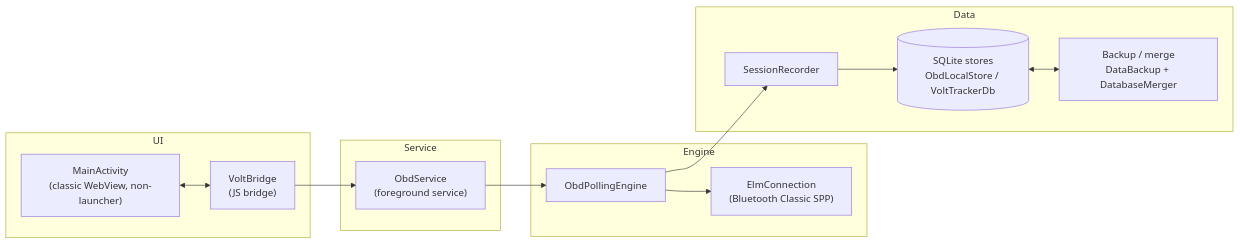
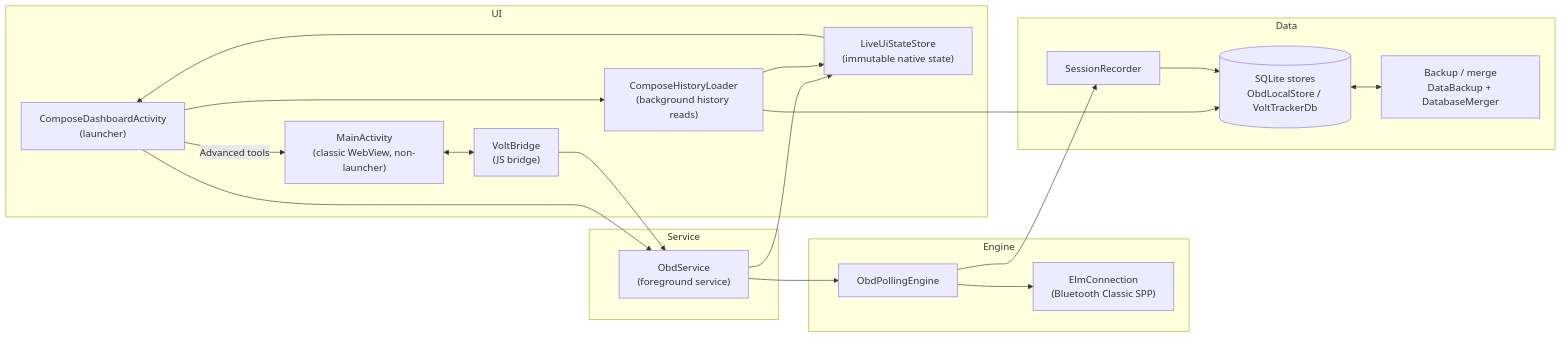
Before and after one commit to jtn0123/VoltTracker: the diagram in mobile/android/README.md, drawn with Mermaid. The commit also changed other lines of this file and 97 other files, not shown here.

````diff
--- a/mobile/android/README.md
+++ b/mobile/android/README.md
@@ -79,26 +79,36 @@
 ```mermaid
 flowchart LR
     subgraph UI
+        CD["ComposeDashboardActivity<br/>(launcher)"]
+        LIVE["LiveUiStateStore<br/>(immutable native state)"]
+        HIST["ComposeHistoryLoader<br/>(background history reads)"]
         MA["MainActivity<br/>(classic WebView, non-launcher)"]
         VB["VoltBridge<br/>(JS bridge)"]
     end
     subgraph Service
         SVC["ObdService<br/>(foreground service)"]
     end
     subgraph Engine
         ENG["ObdPollingEngine"]
         ELM["ElmConnection<br/>(Bluetooth Classic SPP)"]
     end
     subgraph Data
         REC["SessionRecorder"]
         DB[("SQLite stores<br/>ObdLocalStore / VoltTrackerDb")]
         BK["Backup / merge<br/>DataBackup + DatabaseMerger"]
     end
     MA <--> VB
+    CD --> SVC
+    SVC --> LIVE
+    LIVE --> CD
+    CD --> HIST
+    HIST --> DB
+    HIST --> LIVE
+    CD -->|Advanced tools| MA
     VB --> SVC
     SVC --> ENG
     ENG --> ELM
     ENG --> REC
     REC --> DB
     DB <--> BK
 ```
````
